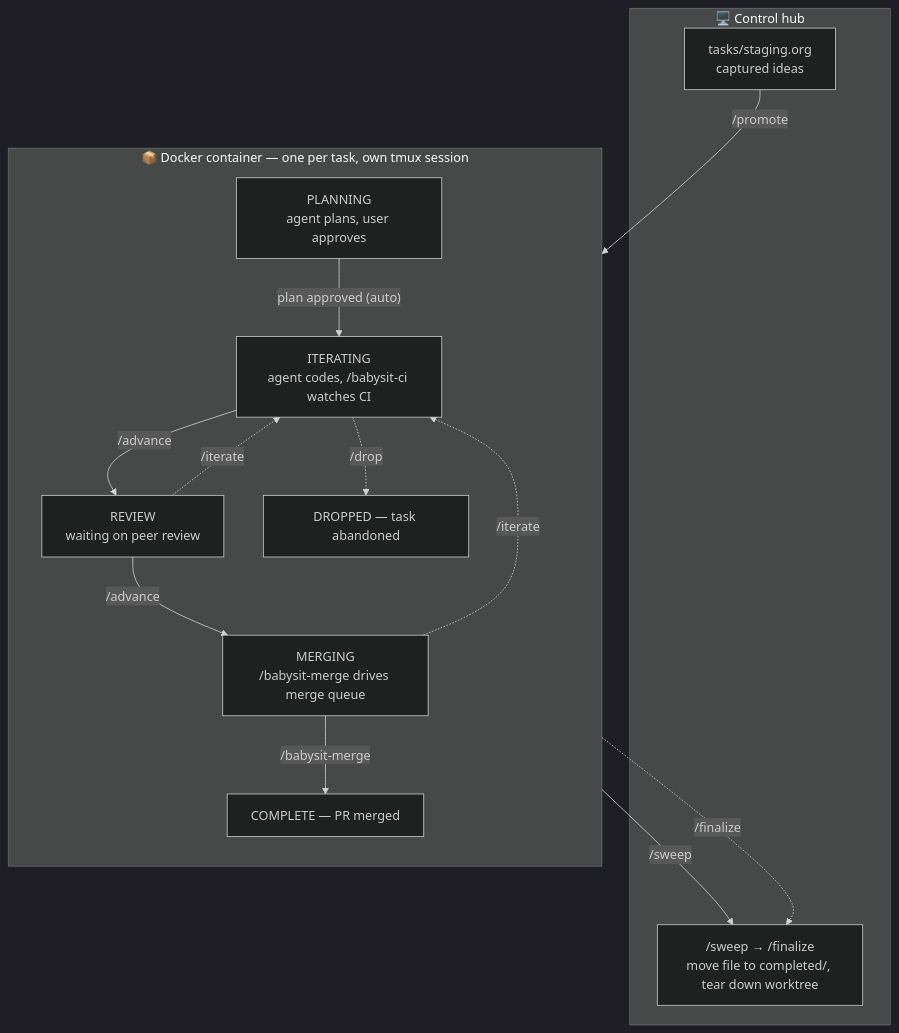
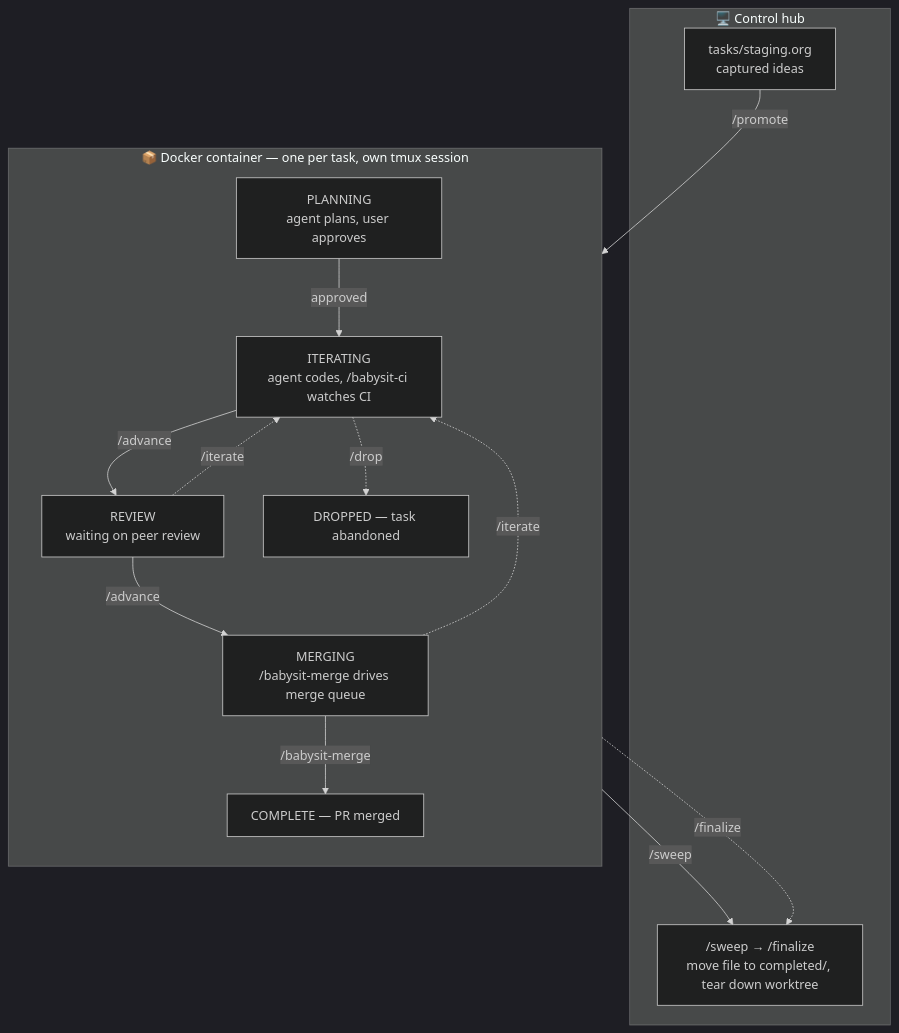
One commit to tildesrc/cloude-cade changed the diagram in README.md. Above: the diagram before and after it, drawn with Mermaid (dark theme).

Commit message:
Shorten the PLANNING transition label to "approved"
Per review feedback.

````diff
--- a/README.md
+++ b/README.md
@@ -57,29 +57,29 @@
 ```mermaid
 flowchart TD
     subgraph host["🖥️  Control hub"]
         STAGING["tasks/staging.org<br/>captured ideas"]
         CLEANUP["/sweep → /finalize<br/>move file to completed/, tear down worktree"]
     end
 
     subgraph container["📦  Docker container — one per task, own tmux session"]
         direction TB
         PLANNING["PLANNING<br/>agent plans, user approves"]
         ITERATING["ITERATING<br/>agent codes, /babysit-ci watches CI"]
         REVIEW["REVIEW<br/>waiting on peer review"]
         MERGING["MERGING<br/>/babysit-merge drives merge queue"]
         COMPLETE["COMPLETE — PR merged"]
         DROPPED["DROPPED — task abandoned"]
     end
 
     STAGING -->|"/promote"| PLANNING
-    PLANNING -->|"plan approved (auto)"| ITERATING
+    PLANNING -->|"approved"| ITERATING
     ITERATING -->|"/advance"| REVIEW
     REVIEW -->|"/advance"| MERGING
     MERGING -->|"/babysit-merge"| COMPLETE
     COMPLETE -->|"/sweep"| CLEANUP
 
     REVIEW -.->|"/iterate"| ITERATING
     MERGING -.->|"/iterate"| ITERATING
     ITERATING -.->|"/drop"| DROPPED
     DROPPED -.->|"/finalize"| CLEANUP
 ```
````
